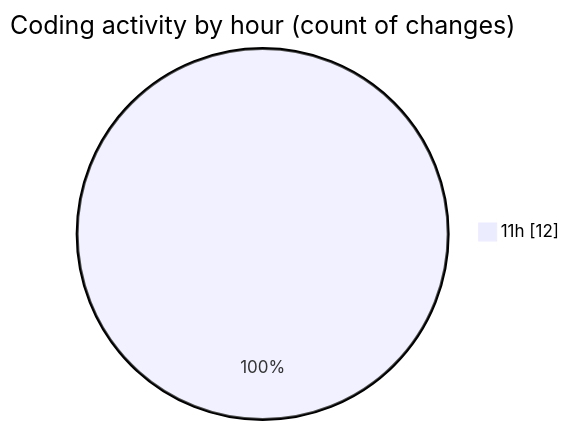
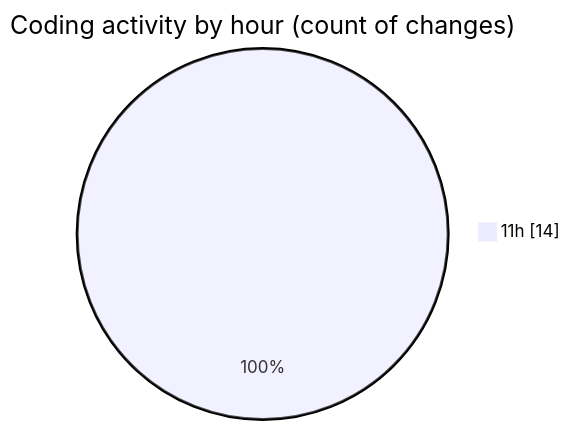
One commit to nxtqubesakshisongat/code-tracking changed the second of 2 diagrams in 2025-06-28/argos/README.md. Above: the diagram before and after it, drawn with Mermaid. The commit also changed other lines of this file and 1 other file, not shown here.

````diff
--- a/2025-06-28/argos/README.md
+++ b/2025-06-28/argos/README.md
@@ -32,5 +33,5 @@
 ```mermaid
 pie showData
 title Coding activity by hour (count of changes)
-"11h" : 12
+"11h" : 14
 ```
````
